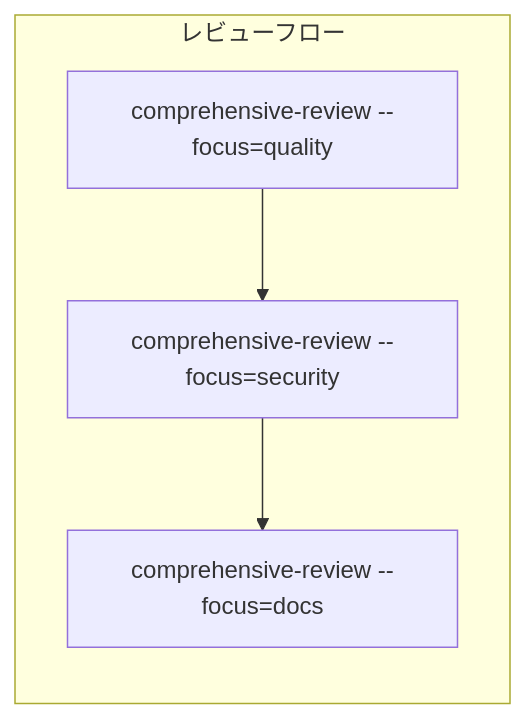
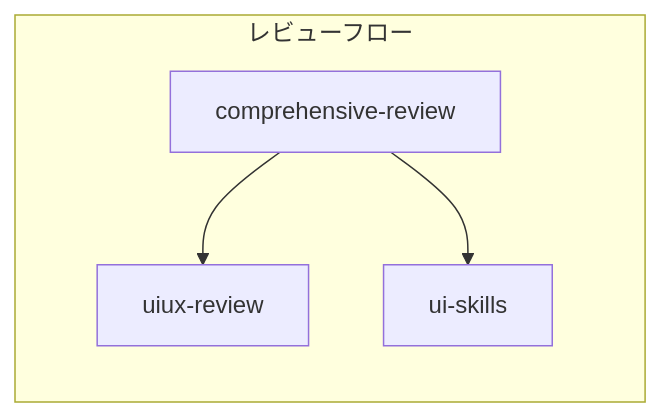
One commit to DaichiHoshina/ai-tools changed the fifth of 6 diagrams in claude-code/references/SKILLS-DEPENDENCY-GRAPH.md. Above: the diagram before and after it, drawn with Mermaid. The commit also changed other lines of this file and 16 other files, not shown here.

````diff
--- a/claude-code/references/SKILLS-DEPENDENCY-GRAPH.md
+++ b/claude-code/references/SKILLS-DEPENDENCY-GRAPH.md
@@ -147,10 +117,10 @@
 ```mermaid
 flowchart LR
     subgraph "レビューフロー"
-        R_CQ[comprehensive-review --focus=quality]
-        R_SE[comprehensive-review --focus=security]
-        R_DT[comprehensive-review --focus=docs]
+        R_CR[comprehensive-review]
+        R_UI[uiux-review]
+        R_UIS[ui-skills]
     end
 
-    R_CQ --> R_SE --> R_DT
+    R_CR --> R_UI & R_UIS
 ```
````
